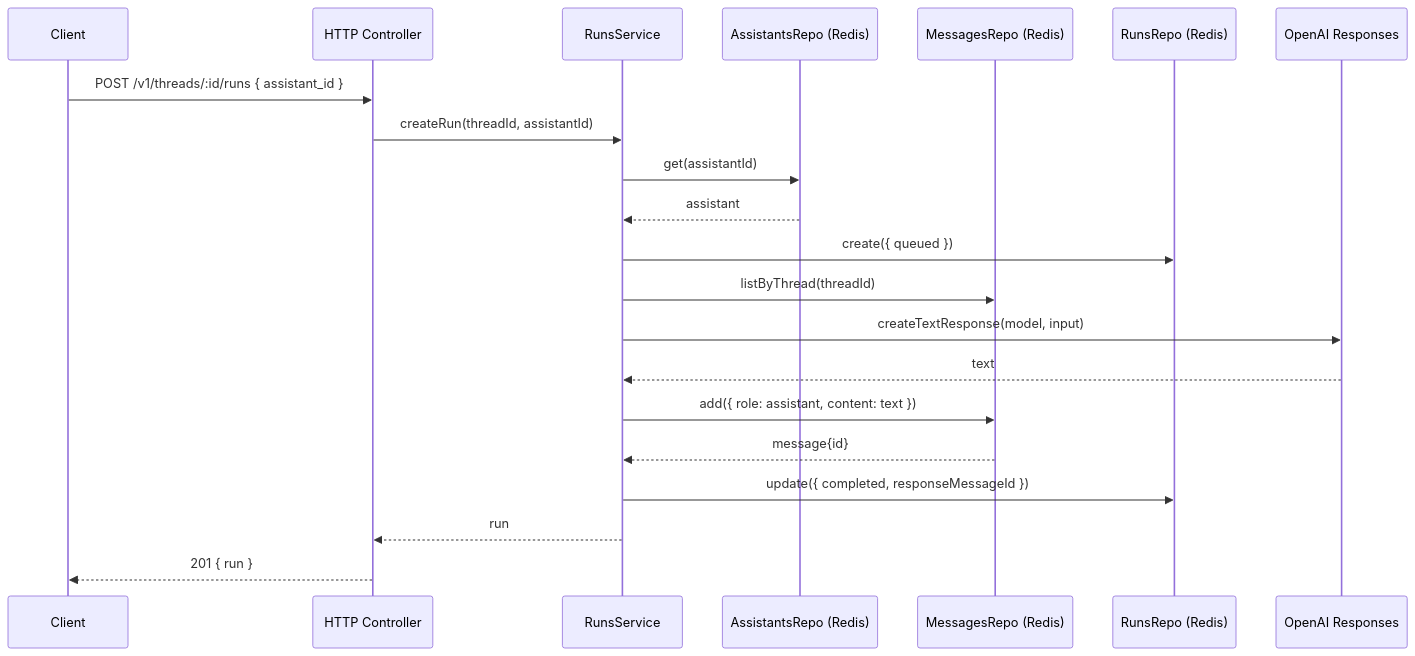
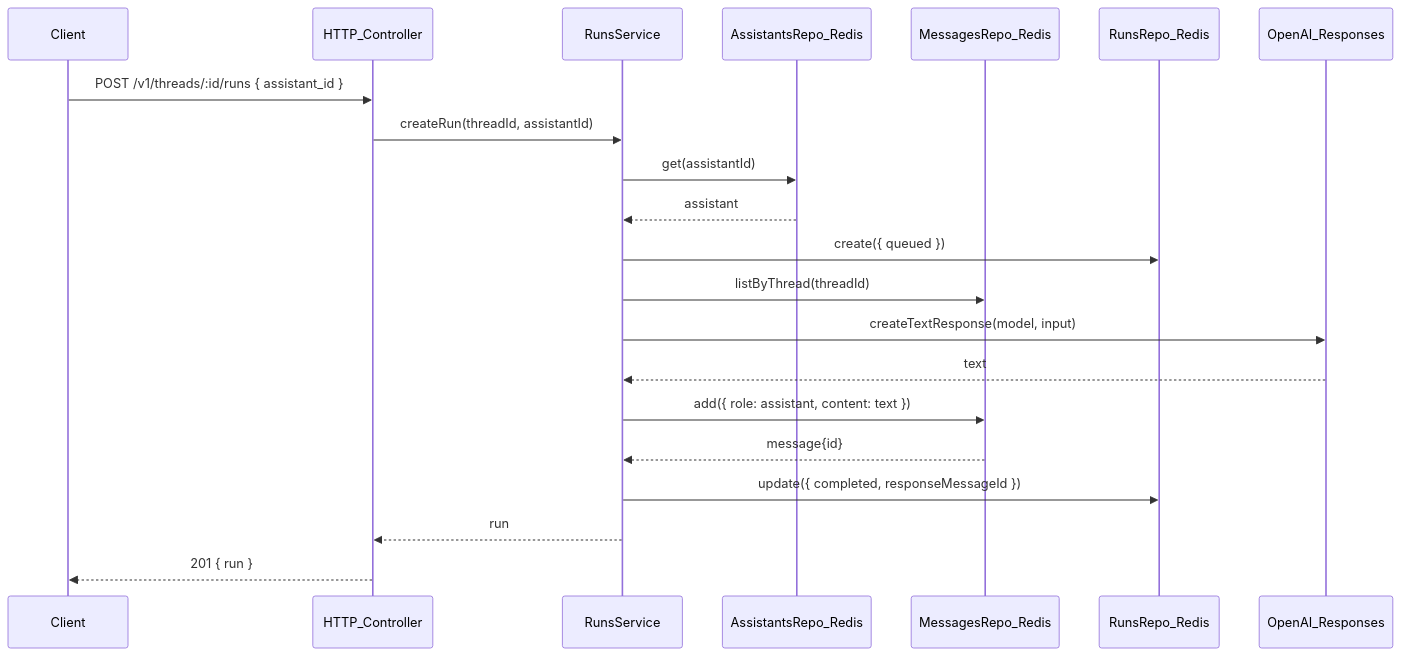
Before and after one commit to LumenLabsDev/assistants-api-middleware: the second of 2 diagrams in README.md, drawn with Mermaid. The commit also changed other lines of this file, not shown here.

Commit message:
Refactor README to improve clarity and consistency in subgraph naming conventions. Updated subgraph labels to use underscores for better readability.

````diff
--- a/README.md
+++ b/README.md
@@ -178,24 +178,24 @@
 ```mermaid
 sequenceDiagram
   participant Client
-  participant HTTP as HTTP Controller
+  participant HTTP as HTTP_Controller
   participant Runs as RunsService
-  participant Assist as AssistantsRepo (Redis)
-  participant Msg as MessagesRepo (Redis)
-  participant RunRepo as RunsRepo (Redis)
-  participant OA as OpenAI Responses
+  participant Assist as AssistantsRepo_Redis
+  participant Msg as MessagesRepo_Redis
+  participant RunRepo as RunsRepo_Redis
+  participant OA as OpenAI_Responses
 
   Client->>HTTP: POST /v1/threads/:id/runs { assistant_id }
   HTTP->>Runs: createRun(threadId, assistantId)
   Runs->>Assist: get(assistantId)
   Assist-->>Runs: assistant
   Runs->>RunRepo: create({ queued })
   Runs->>Msg: listByThread(threadId)
   Runs->>OA: createTextResponse(model, input)
   OA-->>Runs: text
   Runs->>Msg: add({ role: assistant, content: text })
   Msg-->>Runs: message{id}
   Runs->>RunRepo: update({ completed, responseMessageId })
   Runs-->>HTTP: run
   HTTP-->>Client: 201 { run }
 ```
````
